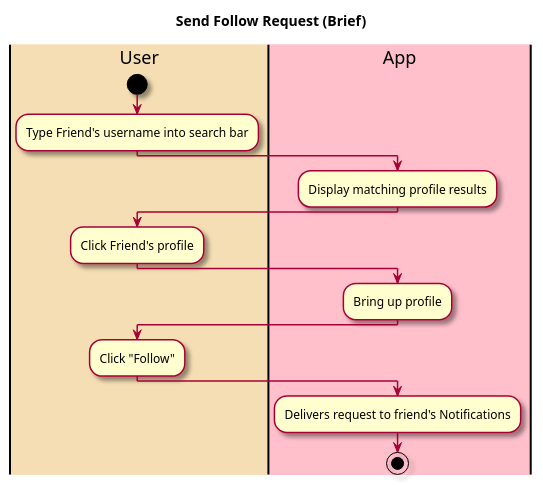
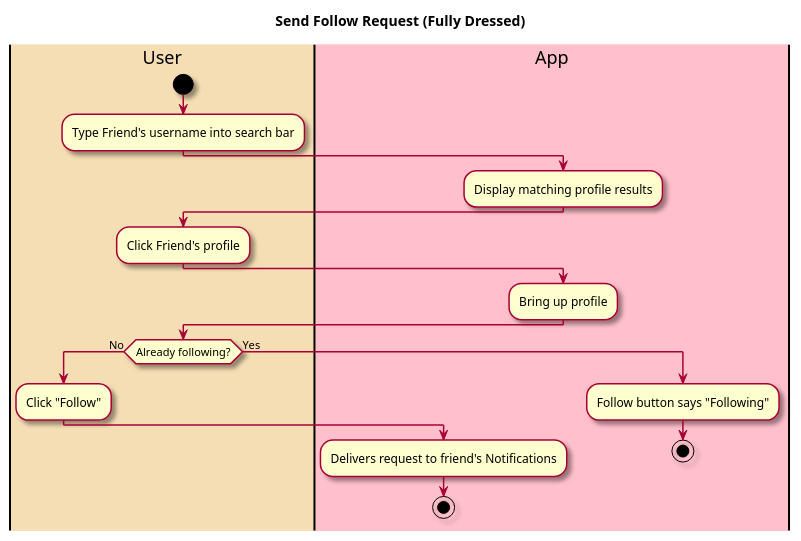
The diagram in intellij/doc/use_cases/send-follow-request.md (tanwasp/LunchBox-Android), drawn with PlantUML before and after one commit. The commit also changed other lines of this file and 15 other files, not shown here.

````diff
--- a/intellij/doc/use_cases/send-follow-request.md
+++ b/intellij/doc/use_cases/send-follow-request.md
@@ -25,32 +25,37 @@
 ```plantuml
 @startuml
 
 skin rose
 
-title Send Follow Request (Brief)
+title Send Follow Request (Fully Dressed)
 
 |#wheat|User|
 |#pink|App|
 
 |User|
 start
 :Type Friend's username into search bar;
 
 |App|
 :Display matching profile results;
 
 |User|
 :Click Friend's profile;
 
 |App|
 :Bring up profile;
 
 |User|
+if (Already following?) is (No) then
 :Click "Follow";
 
 |App|
 :Delivers request to friend's Notifications;
+stop
 
+else (Yes)
+:Follow button says "Following";
 stop
+
 @enduml
 ```
````
